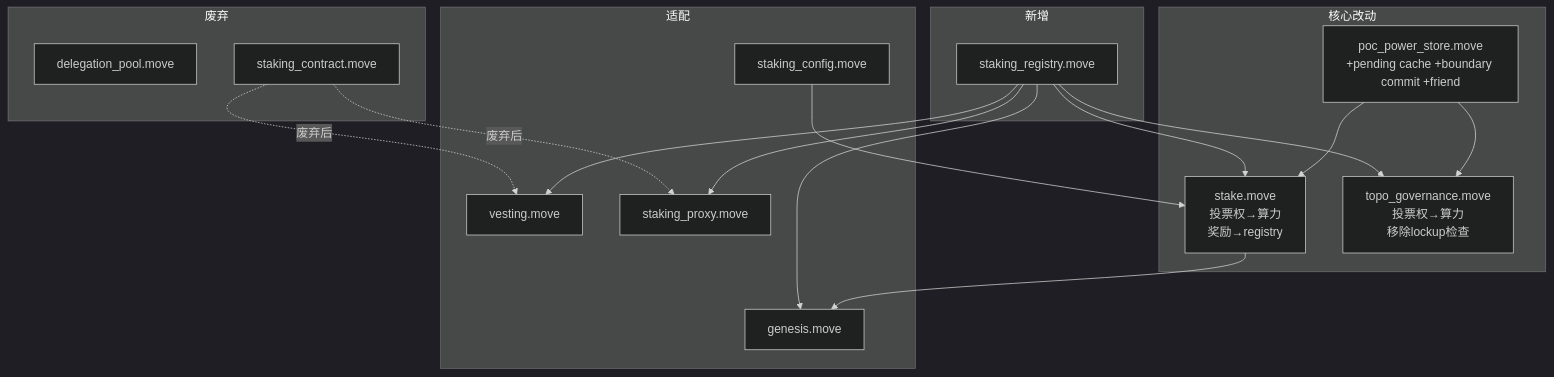
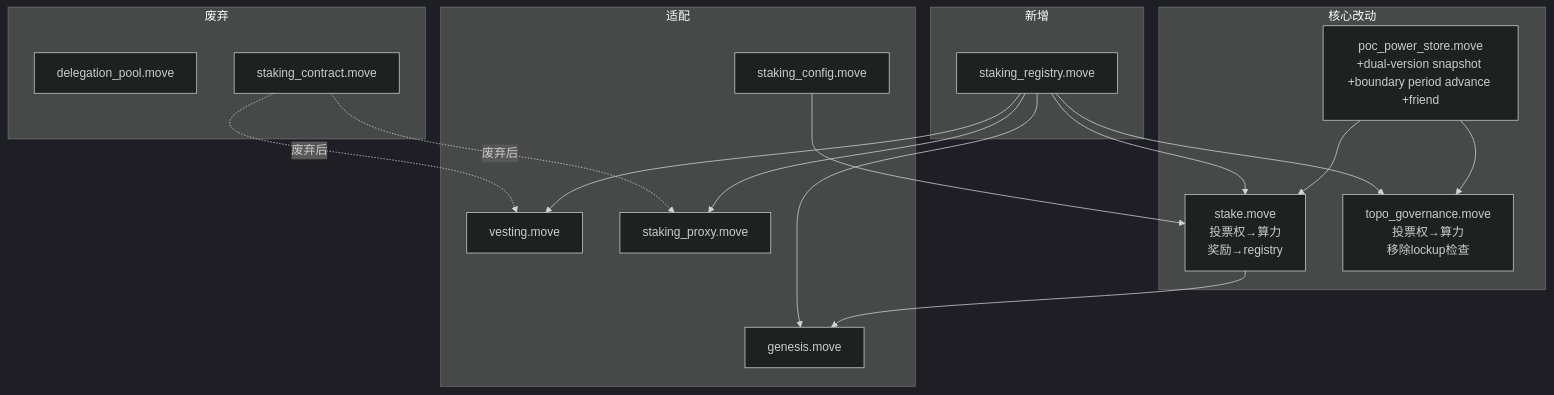
One commit to tuminfei/aptos-core changed the sixth of 6 diagrams in aptos-move/framework/aptos-framework/sources/poc_doc/08-architecture-diagrams.md. Above: the diagram before and after it, drawn with Mermaid (dark theme). The commit also changed other lines of this file and 23 other files, not shown here.

````diff
--- a/aptos-move/framework/aptos-framework/sources/poc_doc/08-architecture-diagrams.md
+++ b/aptos-move/framework/aptos-framework/sources/poc_doc/08-architecture-diagrams.md
@@ -185,33 +185,33 @@
 ```mermaid
 graph TB
     subgraph "新增"
         SR["staking_registry.move"]
     end
     subgraph "核心改动"
-        PS["poc_power_store.move<br/>+pending cache +boundary commit +friend"]
+        PS["poc_power_store.move<br/>+dual-version snapshot +boundary period advance +friend"]
         S["stake.move<br/>投票权→算力<br/>奖励→registry"]
         G["topo_governance.move<br/>投票权→算力<br/>移除lockup检查"]
     end
     subgraph "废弃"
         DP["delegation_pool.move"]
         SC["staking_contract.move"]
     end
     subgraph "适配"
         GN["genesis.move"]
         VE["vesting.move"]
         SP["staking_proxy.move"]
         CFG["staking_config.move"]
     end
 
     PS --> S
     PS --> G
     SR --> S
     SR --> G
     S --> GN
     SR --> GN
     SR --> VE
     SR --> SP
     CFG --> S
     SC -.->|废弃后| VE
     SC -.->|废弃后| SP
 ```
````
